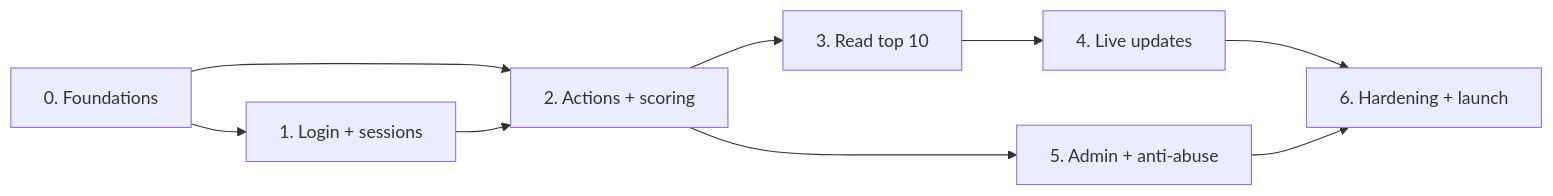
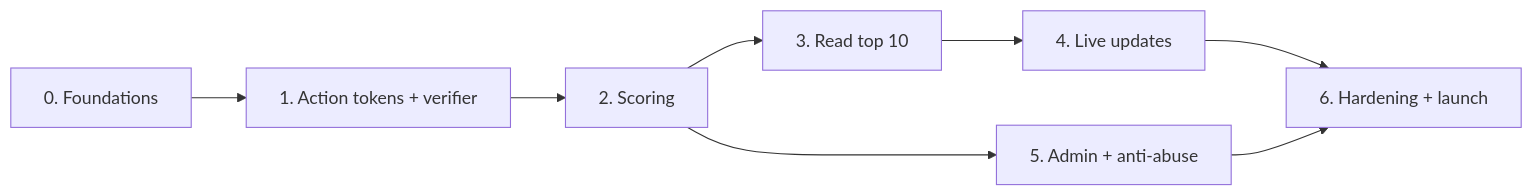
One commit to bavuongco10/code-challenge changed the diagram in src/problem6/IMPLEMENTATION_PLAN.md. Above: the diagram before and after it, drawn with Mermaid. The commit also changed other lines of this file and 16 other files, not shown here.

First line of the commit message:
feature(problem6): Server-issued action tokens, real proof verifier, move extras to appendix

````diff
--- a/src/problem6/IMPLEMENTATION_PLAN.md
+++ b/src/problem6/IMPLEMENTATION_PLAN.md
@@ -7,11 +7,10 @@
 ```mermaid
 flowchart LR
-    P0["0. Foundations"] --> P1["1. Login + sessions"]
-    P0 --> P2["2. Actions + scoring"]
-    P1 --> P2
+    P0["0. Foundations"] --> P1["1. Action tokens + verifier"]
+    P1 --> P2["2. Scoring"]
     P2 --> P3["3. Read top 10"]
     P3 --> P4["4. Live updates"]
     P2 --> P5["5. Admin + anti-abuse"]
     P4 --> P6["6. Hardening + launch"]
     P5 --> P6
 ```
````
